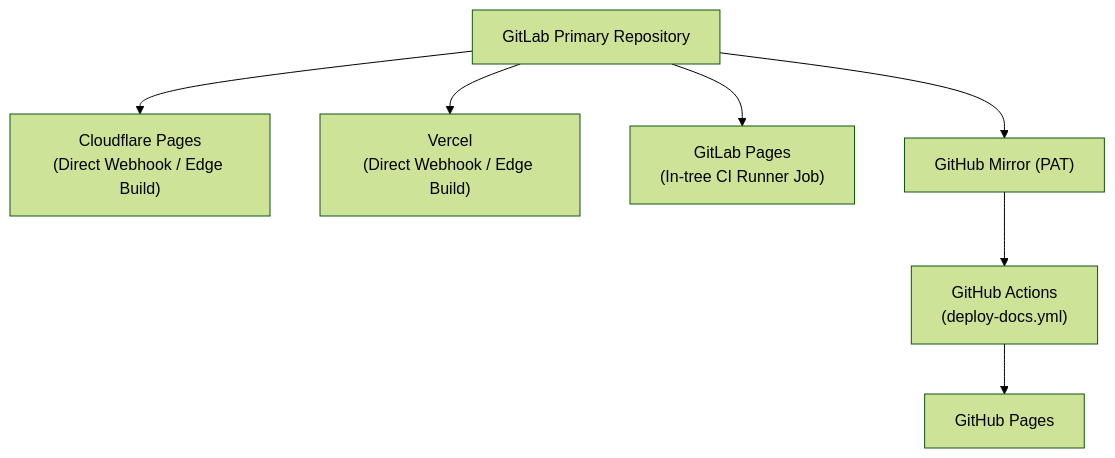
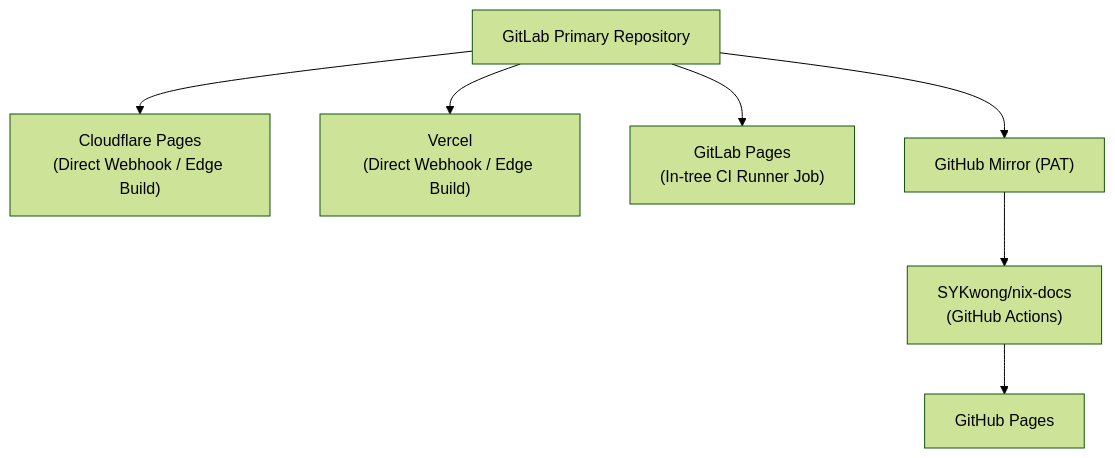
Before and after one commit to SYKwong/nix-config: the second of 2 diagrams in docs/src/content/docs/split-ci.md, drawn with Mermaid (forest theme). The commit also changed other lines of this file and 2 other files, not shown here.

````diff
--- a/docs/src/content/docs/split-ci.md
+++ b/docs/src/content/docs/split-ci.md
@@ -178,7 +178,7 @@
 ```mermaid
 flowchart TD
     gitlab["GitLab Primary Repository"] --> cf["Cloudflare Pages<br/>(Direct Webhook / Edge Build)"]
     gitlab --> vercel["Vercel<br/>(Direct Webhook / Edge Build)"]
     gitlab --> pages["GitLab Pages<br/>(In-tree CI Runner Job)"]
-    gitlab --> gh_mirror["GitHub Mirror (PAT)"] --> gha["GitHub Actions<br/>(deploy-docs.yml)"] --> gh_pages["GitHub Pages"]
+    gitlab --> gh_mirror["GitHub Mirror (PAT)"] --> gha["SYKwong/nix-docs<br/>(GitHub Actions)"] --> gh_pages["GitHub Pages"]
 ```
````
